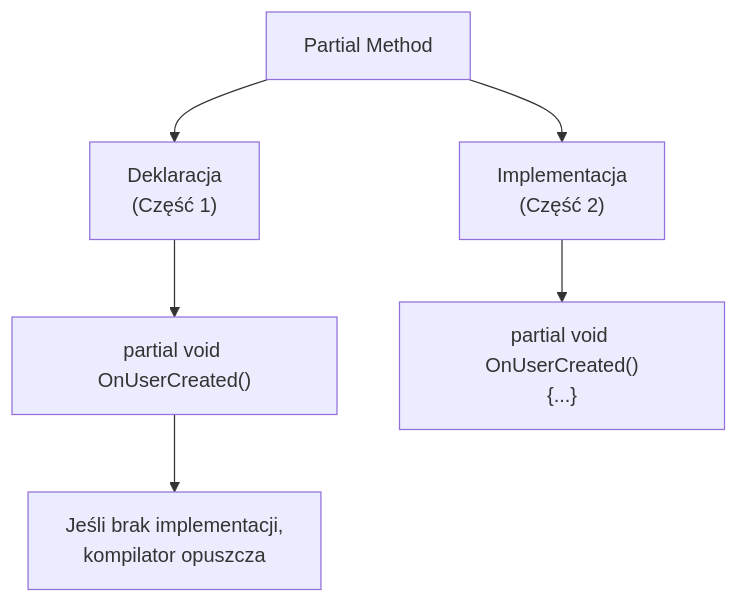
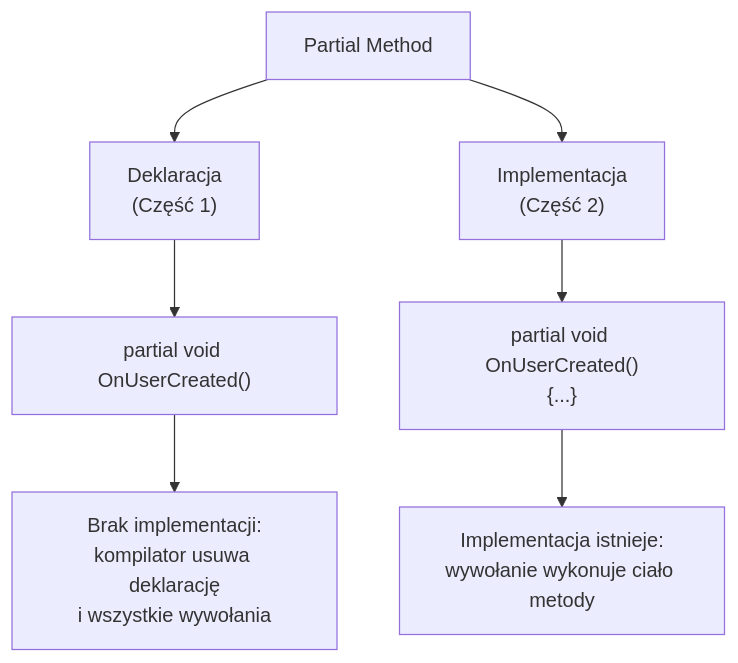
Before and after one commit to tborzyszkowski/csharp-programming: the diagram in src/01-klasy/_07_partial_methods/diagrams/01-partial-methods.mermaid, drawn with Mermaid. The commit also changed 74 other files, not shown here.

```diff
--- a/src/01-klasy/_07_partial_methods/diagrams/01-partial-methods.mermaid
+++ b/src/01-klasy/_07_partial_methods/diagrams/01-partial-methods.mermaid
@@ -1,9 +1,10 @@
 graph TB
     A["Partial Method"]
     A --> B["Deklaracja<br/>(Część 1)"]
     A --> C["Implementacja<br/>(Część 2)"]
     
     B --> D["partial void OnUserCreated()"]
     C --> E["partial void OnUserCreated()<br/>{...}"]
     
-    D --> F["Jeśli brak implementacji,<br/>kompilator opuszcza"]
+    D --> F["Brak implementacji:<br/>kompilator usuwa deklarację<br/>i wszystkie wywołania"]
+    E --> G["Implementacja istnieje:<br/>wywołanie wykonuje ciało metody"]
```
